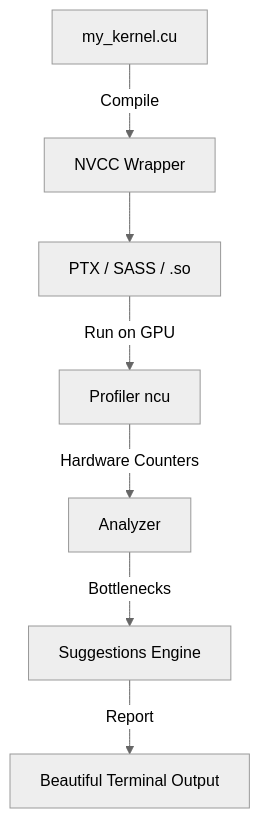
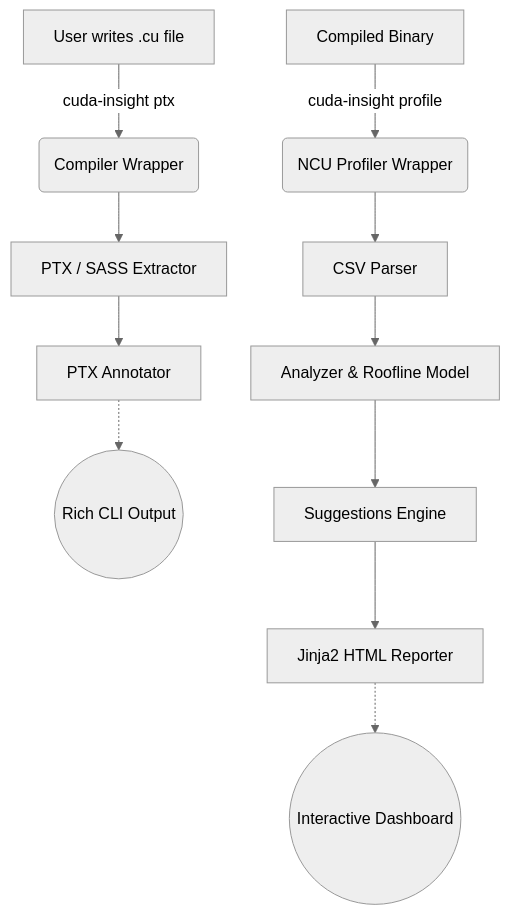
One commit to Paramveersingh-S/cuda-insight changed the diagram in README.md. Above: the diagram before and after it, drawn with Mermaid (neutral theme). The commit also changed other lines of this file, not shown here.

````diff
--- a/README.md
+++ b/README.md
@@ -35,9 +73,14 @@
 ```mermaid
 graph TD
-    A[my_kernel.cu] -->|Compile| B[NVCC Wrapper]
-    B --> C[PTX / SASS / .so]
-    C -->|Run on GPU| D[Profiler ncu]
-    D -->|Hardware Counters| E[Analyzer]
-    E -->|Bottlenecks| F[Suggestions Engine]
-    F -->|Report| G[Beautiful Terminal Output]
+    A[User writes .cu file] -->|cuda-insight ptx| B(Compiler Wrapper)
+    B --> C[PTX / SASS Extractor]
+    C --> D[PTX Annotator]
+    D -.-> E((Rich CLI Output))
+    
+    F[Compiled Binary] -->|cuda-insight profile| G(NCU Profiler Wrapper)
+    G --> H[CSV Parser]
+    H --> I[Analyzer & Roofline Model]
+    I --> J[Suggestions Engine]
+    J --> K[Jinja2 HTML Reporter]
+    K -.-> L((Interactive Dashboard))
 ```
````
